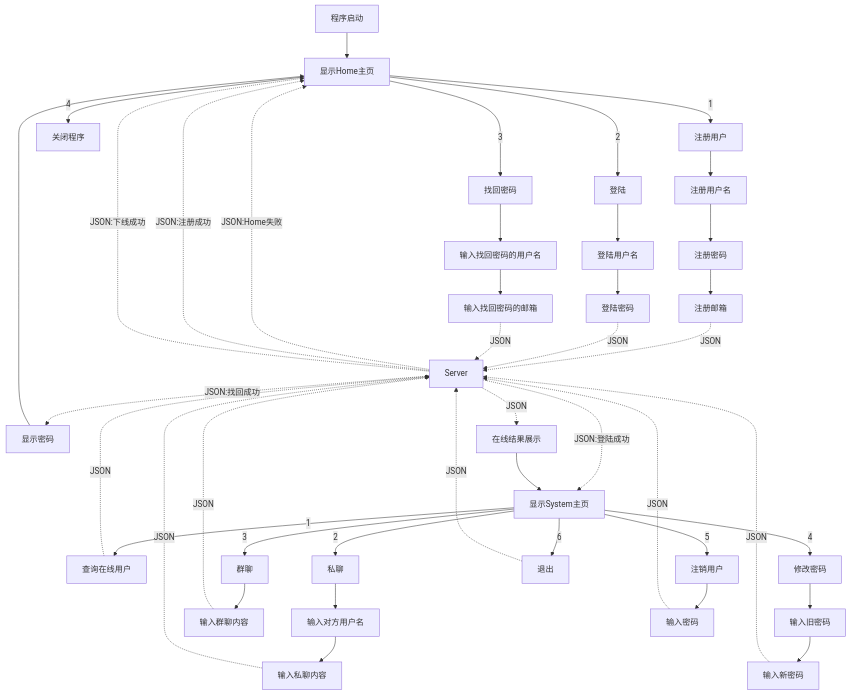
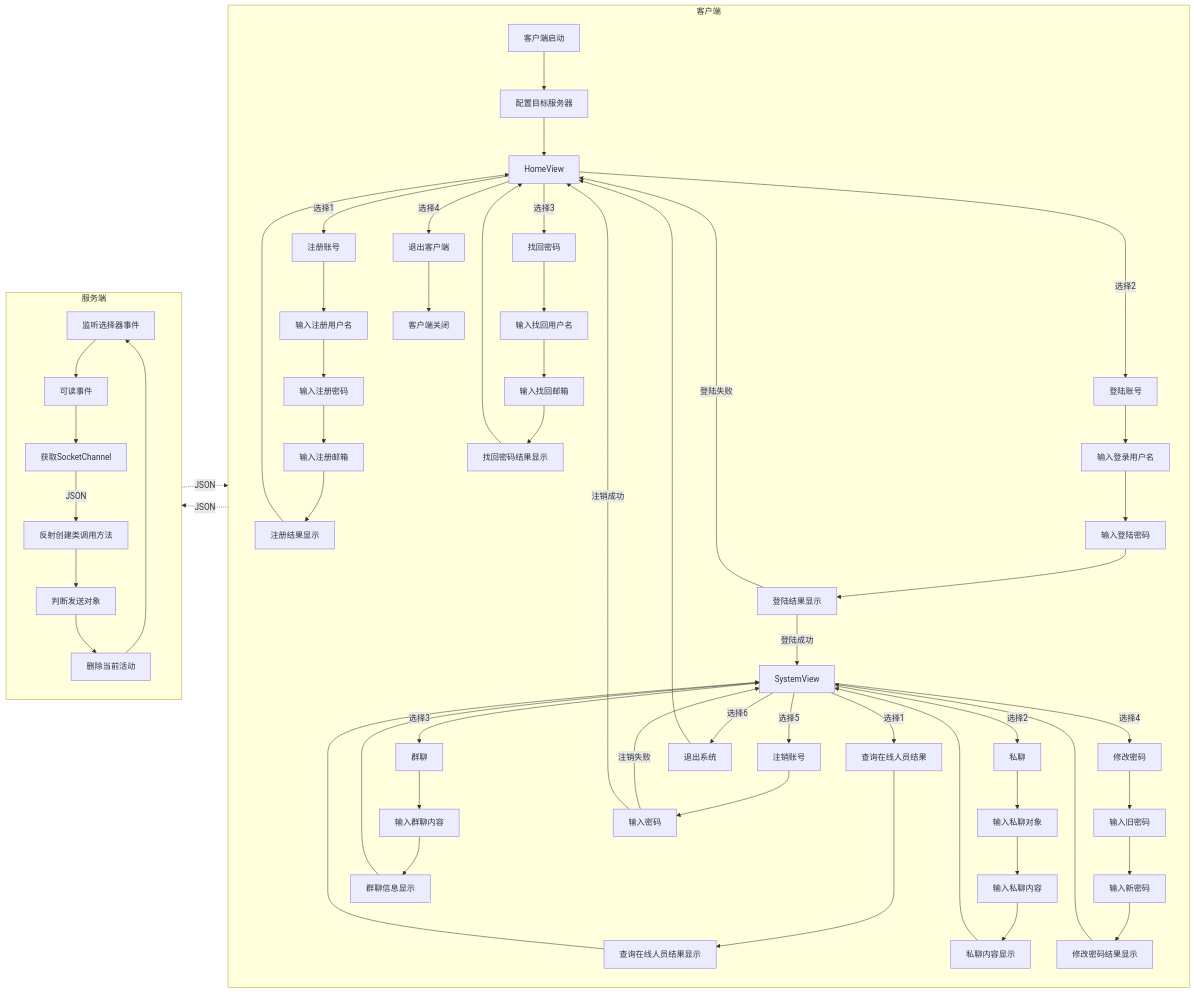
Before and after one commit to RedCrazyGhost/Blog: the second of 3 diagrams in MarkDown/Chat系统人员分工.md, drawn with Mermaid. The commit also changed other lines of this file, not shown here.

Commit message:
Chat系统人员分工 更新

````diff
--- a/MarkDown/Chat系统人员分工.md
+++ b/MarkDown/Chat系统人员分工.md
@@ -30,15 +30,24 @@
 ```mermaid
-flowchart TD
-程序启动-->显示Home主页
-显示Home主页-->|1|注册用户-->注册用户名-->注册密码-->注册邮箱-.JSON.->Server-.JSON:Home失败.->显示Home主页
-显示Home主页-->|2|登陆-->登陆用户名-->登陆密码-.JSON.->Server-.JSON:登陆成功.->显示System主页
-Server-.JSON:注册成功.->显示Home主页
-显示Home主页-->|3|找回密码-->输入找回密码的用户名-->输入找回密码的邮箱-.JSON.->Server-.JSON:找回成功.->显示密码-->显示Home主页
-显示Home主页-->|4|关闭程序
-显示System主页-->|1|查询在线用户-.JSON.->Server-.JSON.->在线结果展示-->显示System主页
-显示System主页-->|2|私聊-->输入对方用户名-->输入私聊内容-.JSON.->Server
-显示System主页-->|3|群聊-->输入群聊内容-.JSON.->Server
-显示System主页-->|4|修改密码-->输入旧密码-->输入新密码-.JSON.->Server
-显示System主页-->|5|注销用户-->输入密码-.JSON.->Server
-显示System主页-->|6|退出-.JSON.->Server-.JSON:下线成功.->显示Home主页
+flowchart LR
+subgraph Client["客户端"]
+    客户端启动-->配置目标服务器-->
+    HomeView-->|选择1|注册账号-->输入注册用户名-->输入注册密码-->输入注册邮箱-->注册结果显示-->
+    HomeView---->|选择2|登陆账号-->输入登录用户名-->输入登陆密码-->登陆结果显示
+    HomeView-->|选择3|找回密码-->输入找回用户名-->输入找回邮箱-->找回密码结果显示-->HomeView
+    HomeView-->|选择4|退出客户端-->客户端关闭
+    登陆结果显示-->|登陆成功|SystemView
+    登陆结果显示-->|登陆失败|HomeView
+    SystemView-->|选择1|查询在线人员结果---->查询在线人员结果显示-->
+    SystemView-->|选择2|私聊-->输入私聊对象-->输入私聊内容-->私聊内容显示-->
+    SystemView-->|选择3|群聊-->输入群聊内容-->群聊信息显示-->
+    SystemView-->|选择4|修改密码-->输入旧密码-->输入新密码-->修改密码结果显示-->
+    SystemView-->|选择5|注销账号-->输入密码-->|注销失败|SystemView
+    输入密码-->|注销成功|HomeView
+    SystemView-->|选择6|退出系统----->HomeView
+end
+subgraph Server["服务端"]
+  监听选择器事件-->可读事件-->获取SocketChannel-->|JSON|反射创建类调用方法-->判断发送对象-->删除当前活动-->监听选择器事件
+end
+Client-.->|JSON|Server
+Server-.->|JSON|Client
 ```
````
